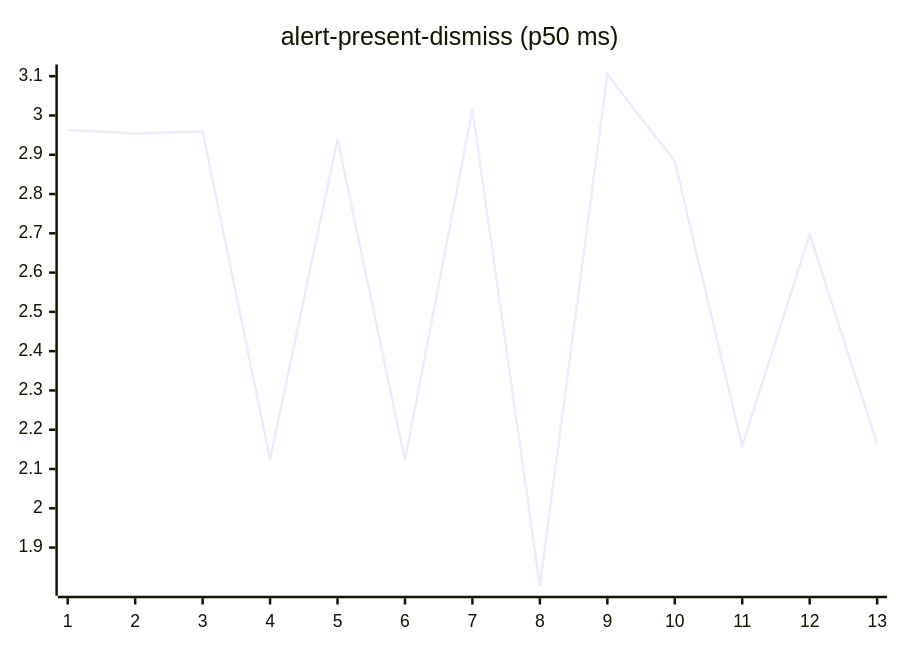
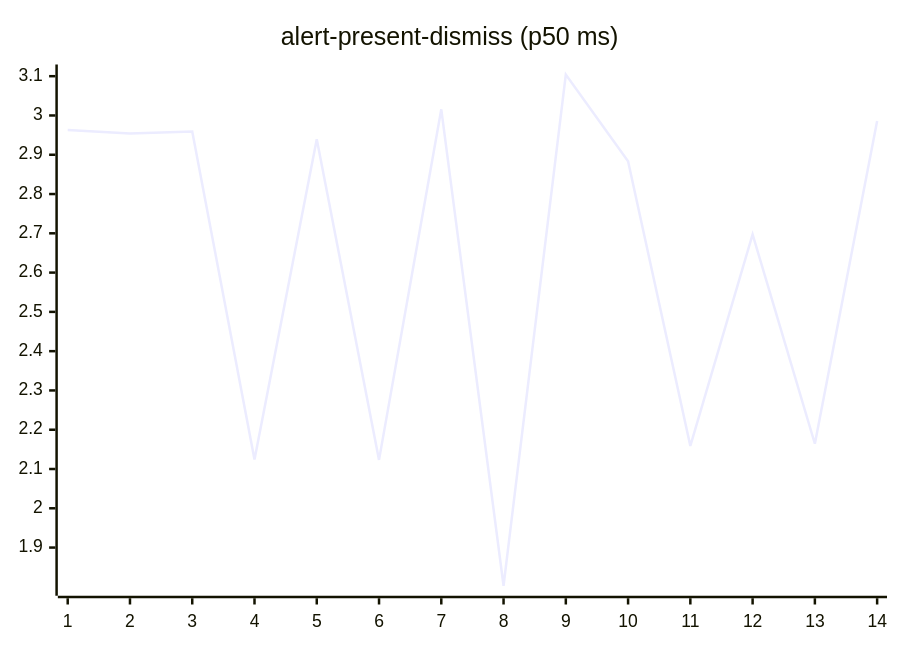
The second of 27 diagrams in README.md (josha/Facet), drawn with Mermaid before and after one commit. The commit also changed other lines of this file and 2 other files, not shown here.

````diff
--- a/README.md
+++ b/README.md
@@ -70,6 +70,6 @@
 ```mermaid
 xychart-beta
     title "alert-present-dismiss (p50 ms)"
-    x-axis 1 --> 13
-    line [2.9632, 2.9538, 2.9589, 2.1244, 2.9396, 2.1232, 3.0157, 1.8028, 3.1043, 2.8834, 2.1588, 2.6974, 2.1643]
+    x-axis 1 --> 14
+    line [2.9632, 2.9538, 2.9589, 2.1244, 2.9396, 2.1232, 3.0157, 1.8028, 3.1043, 2.8834, 2.1588, 2.6974, 2.1643, 2.9862]
 ```
````
